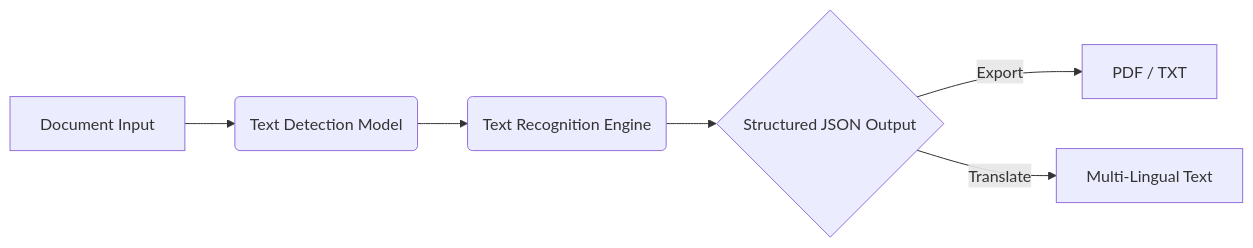
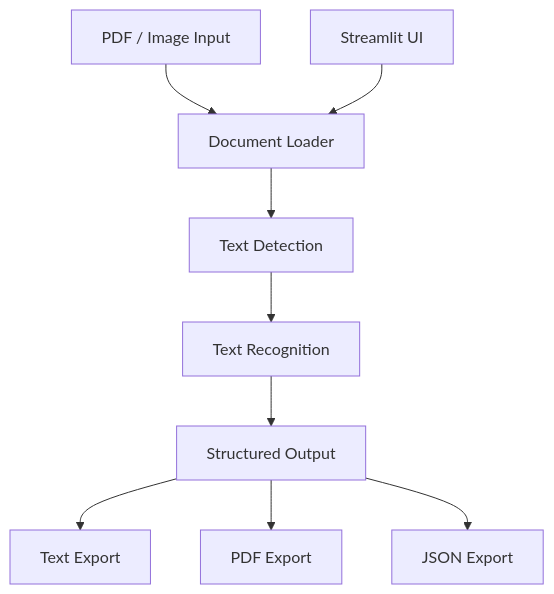
One commit to ns7523/ScribbleQ changed the first of 2 diagrams in README.md. Above: the diagram before and after it, drawn with Mermaid. The commit also changed other lines of this file, not shown here.

Commit message:
Redesign README with premium OCR product graphics

````diff
--- a/README.md
+++ b/README.md
@@ -32,8 +75,11 @@
 ```mermaid
-graph LR
-    A[Document Input] --> B(Text Detection Model)
-    B --> C(Text Recognition Engine)
-    C --> D{Structured JSON Output}
-    D -->|Export| E[PDF / TXT]
-    D -->|Translate| F[Multi-Lingual Text]
+flowchart TD
+    A[PDF / Image Input] --> B[Document Loader]
+    B --> C[Text Detection]
+    C --> D[Text Recognition]
+    D --> E[Structured Output]
+    E --> F[Text Export]
+    E --> G[PDF Export]
+    E --> H[JSON Export]
+    I[Streamlit UI] --> B
 ```
````
